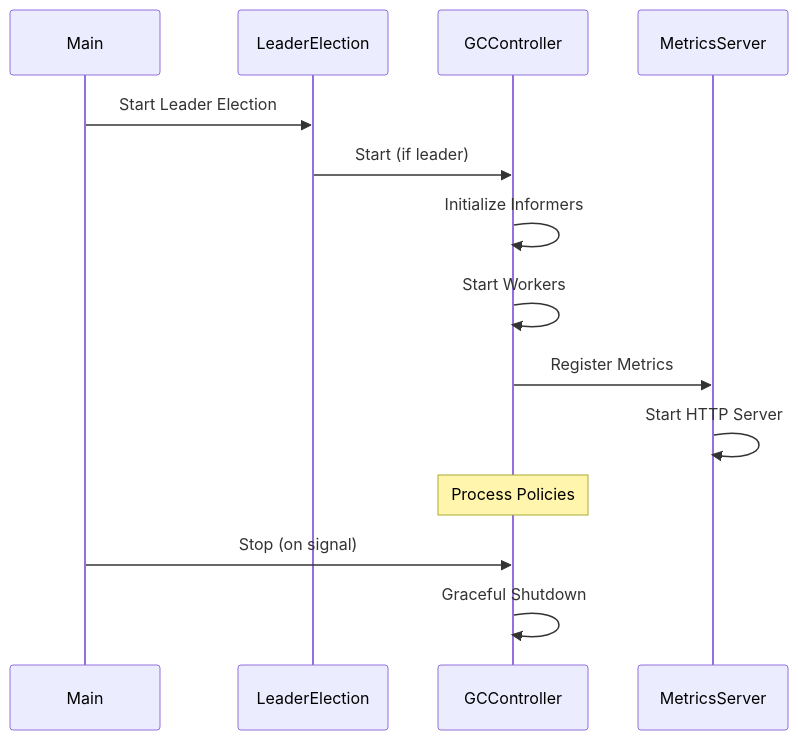
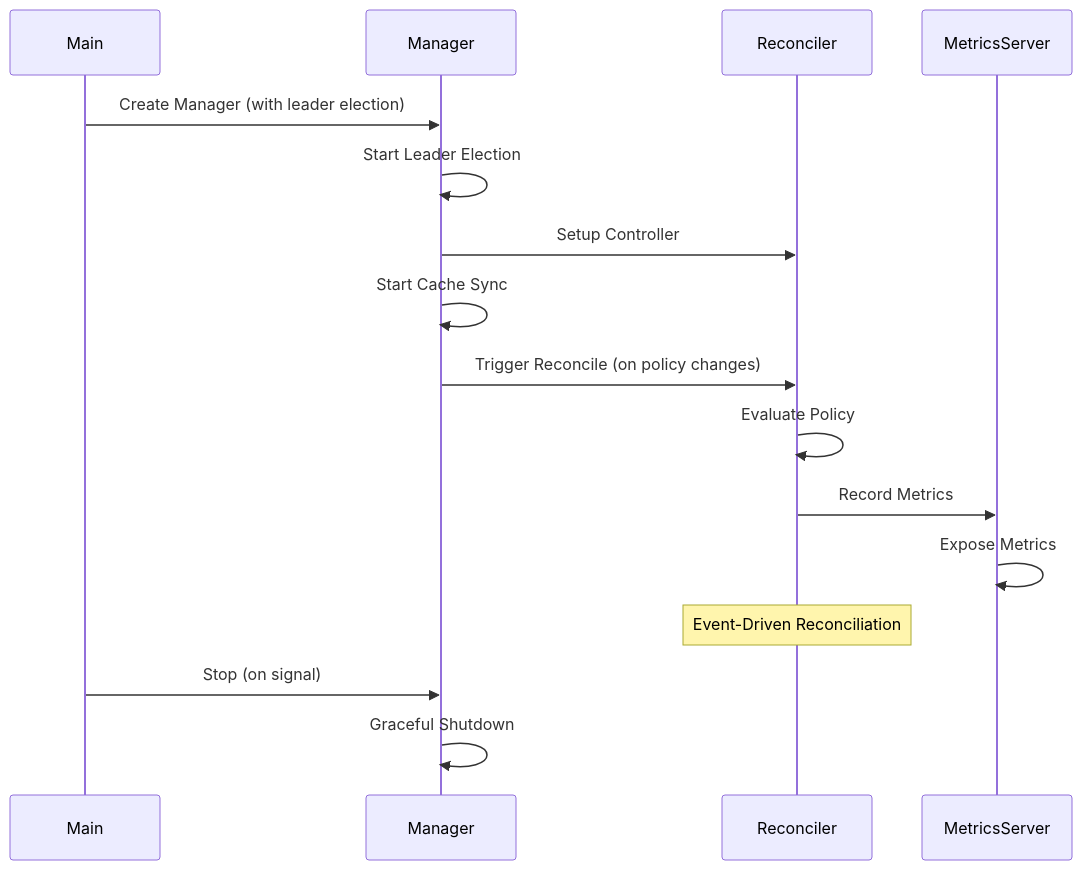
The second of 16 diagrams in docs/ARCHITECTURE.md (kube-zen/zen-gc), drawn with Mermaid before and after one commit. The commit also changed other lines of this file and 8 other files, not shown here.

````diff
--- a/docs/ARCHITECTURE.md
+++ b/docs/ARCHITECTURE.md
@@ -60,17 +60,19 @@
 ```mermaid
 sequenceDiagram
     participant Main
-    participant LeaderElection
-    participant GCController
+    participant Manager
+    participant Reconciler
     participant MetricsServer
     
-    Main->>LeaderElection: Start Leader Election
-    LeaderElection->>GCController: Start (if leader)
-    GCController->>GCController: Initialize Informers
-    GCController->>GCController: Start Workers
-    GCController->>MetricsServer: Register Metrics
-    MetricsServer->>MetricsServer: Start HTTP Server
-    Note over GCController: Process Policies
-    Main->>GCController: Stop (on signal)
-    GCController->>GCController: Graceful Shutdown
+    Main->>Manager: Create Manager (with leader election)
+    Manager->>Manager: Start Leader Election
+    Manager->>Reconciler: Setup Controller
+    Manager->>Manager: Start Cache Sync
+    Manager->>Reconciler: Trigger Reconcile (on policy changes)
+    Reconciler->>Reconciler: Evaluate Policy
+    Reconciler->>MetricsServer: Record Metrics
+    MetricsServer->>MetricsServer: Expose Metrics
+    Note over Reconciler: Event-Driven Reconciliation
+    Main->>Manager: Stop (on signal)
+    Manager->>Manager: Graceful Shutdown
 ```
````
